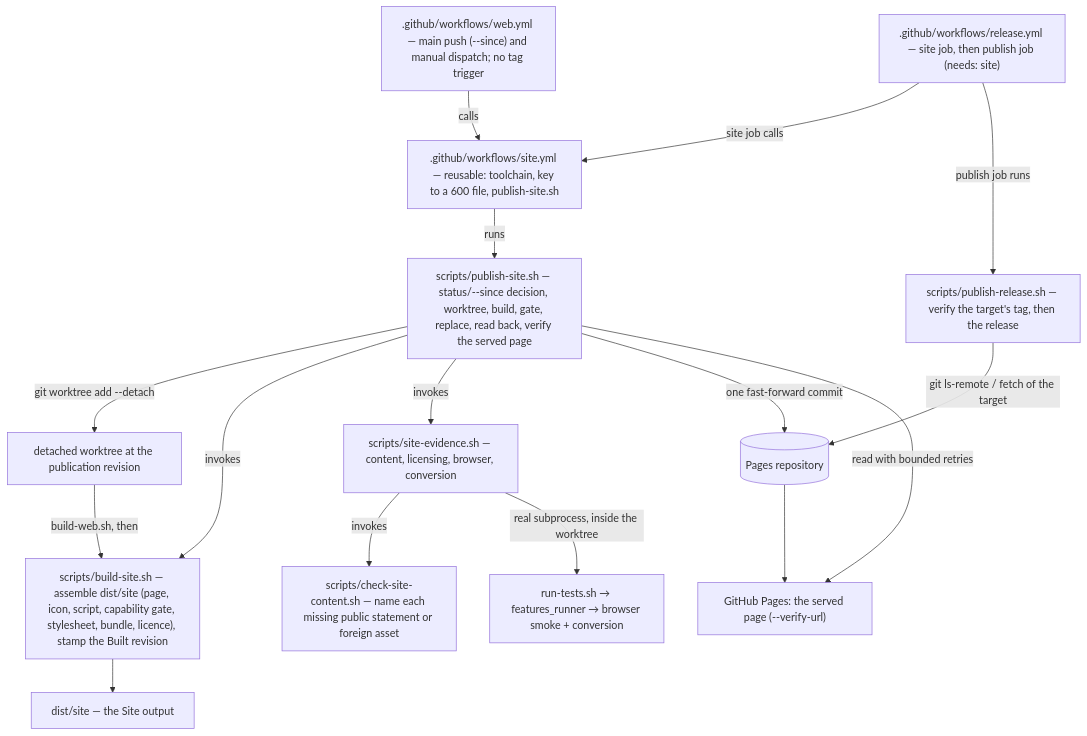
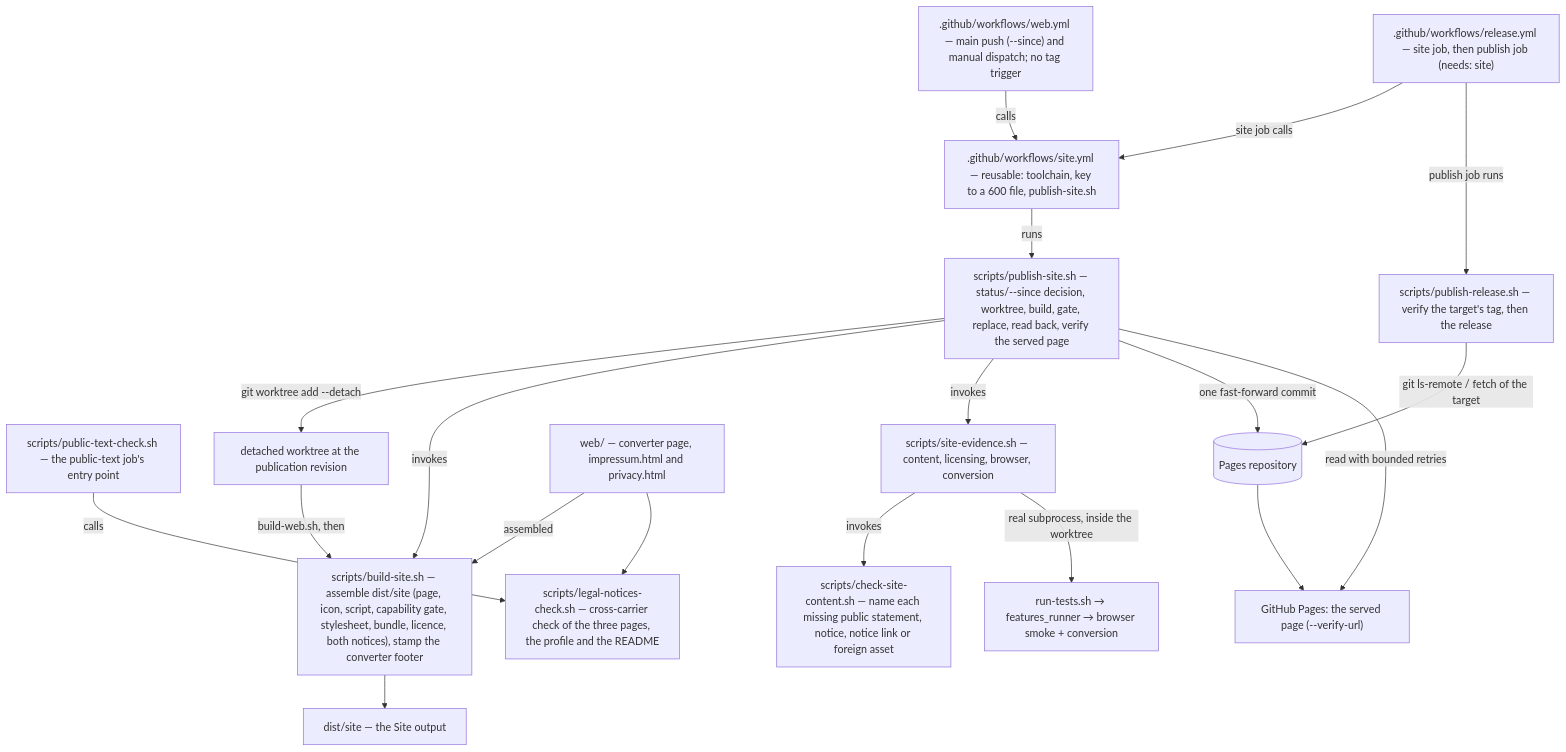
The fourth of 6 diagrams in docs/arc42/05-building-block-view.md (duty2cal/duty2cal), drawn with Mermaid before and after one commit. The commit also changed other lines of this file and 24 other files, not shown here.

First line of the commit message:
docs(state-the-legal-notices): The public website carries an Impressum and a Datenschutzerklärung that every page links, and the publication refuses a page set that lacks them.

````diff
--- a/docs/arc42/05-building-block-view.md
+++ b/docs/arc42/05-building-block-view.md
@@ -93,28 +93,34 @@
 ```mermaid
 flowchart TB
-  ASSEMBLE["scripts/build-site.sh — assemble dist/site (page, icon, script, capability gate, stylesheet, bundle, licence), stamp the Built revision"]
-  CONTENT["scripts/check-site-content.sh — name each missing public statement or foreign asset"]
+  ASSEMBLE["scripts/build-site.sh — assemble dist/site (page, icon, script, capability gate, stylesheet, bundle, licence, both notices), stamp the converter footer"]
+  CONTENT["scripts/check-site-content.sh — name each missing public statement, notice, notice link or foreign asset"]
+  LEGAL["scripts/legal-notices-check.sh — cross-carrier check of the three pages, the profile and the README"]
+  PUBLIC["scripts/public-text-check.sh — the public-text job's entry point"]
   EVIDENCE["scripts/site-evidence.sh — content, licensing, browser, conversion"]
   PUBLISH["scripts/publish-site.sh — status/--since decision, worktree, build, gate, replace, read back, verify the served page"]
   RELEASE["scripts/publish-release.sh — verify the target's tag, then the release"]
   WEBWF[".github/workflows/web.yml — main push (--since) and manual dispatch; no tag trigger"]
   SITEWF[".github/workflows/site.yml — reusable: toolchain, key to a 600 file, publish-site.sh"]
   RELWF[".github/workflows/release.yml — site job, then publish job (needs: site)"]
   WORKTREE["detached worktree at the publication revision"]
   SERVED["GitHub Pages: the served page (--verify-url)"]
+  PAGES["web/ — converter page, impressum.html and privacy.html"]
+  PAGES -->|"assembled"| ASSEMBLE
+  PAGES --> LEGAL
+  PUBLIC -->|"calls"| LEGAL
   WEBWF -->|"calls"| SITEWF
   RELWF -->|"site job calls"| SITEWF
   SITEWF -->|"runs"| PUBLISH
   RELWF -->|"publish job runs"| RELEASE
   RELEASE -->|"git ls-remote / fetch of the target"| TARGET[("Pages repository")]
   PUBLISH -->|"git worktree add --detach"| WORKTREE
   WORKTREE -->|"build-web.sh, then"| ASSEMBLE
   PUBLISH -->|invokes| ASSEMBLE
   PUBLISH -->|invokes| EVIDENCE
   EVIDENCE -->|invokes| CONTENT
   EVIDENCE -->|"real subprocess, inside the worktree"| RUNNER["run-tests.sh → features_runner → browser smoke + conversion"]
   ASSEMBLE --> OUT["dist/site — the Site output"]
   PUBLISH -->|"one fast-forward commit"| TARGET
   TARGET --> SERVED
   PUBLISH -->|"read with bounded retries"| SERVED
 ```
````
